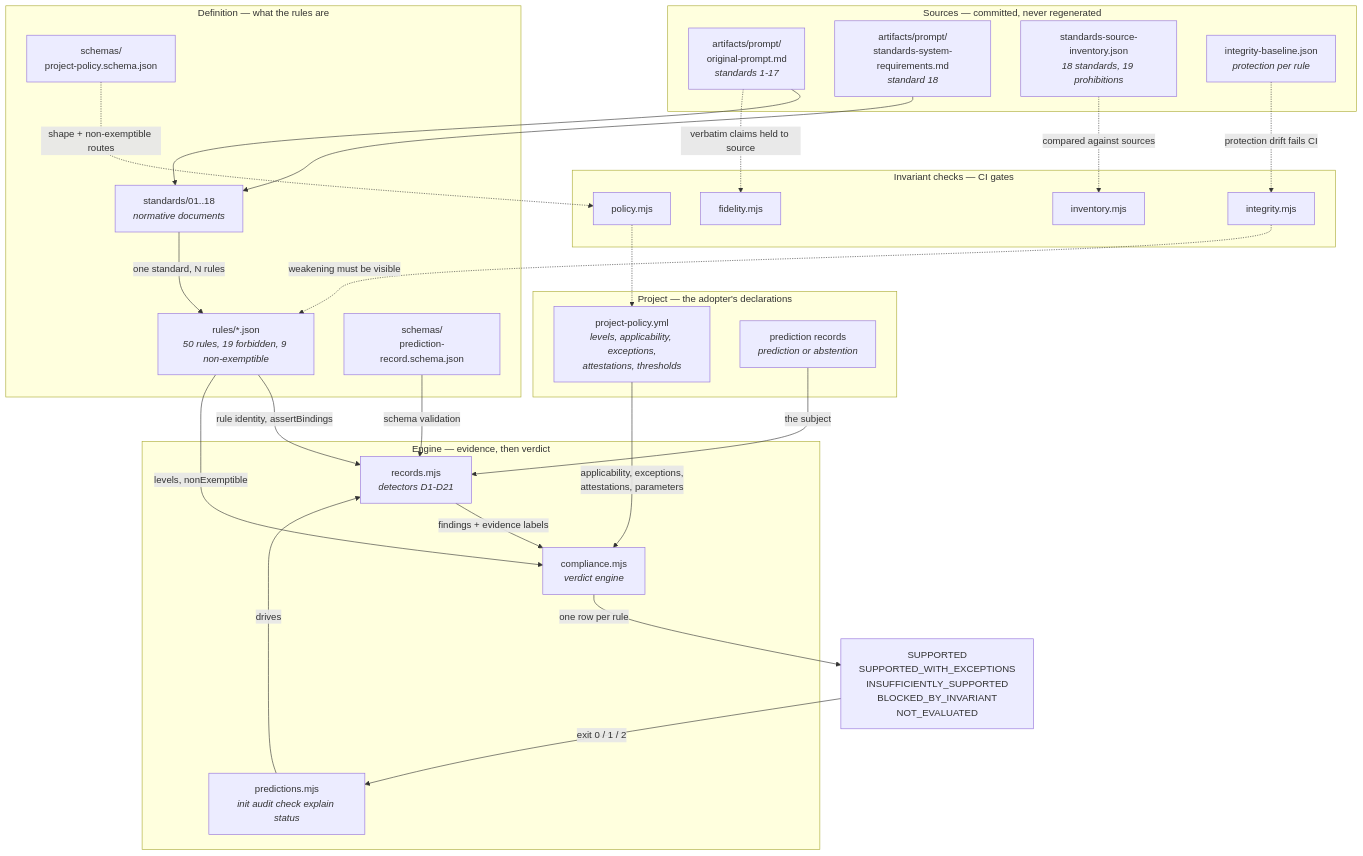
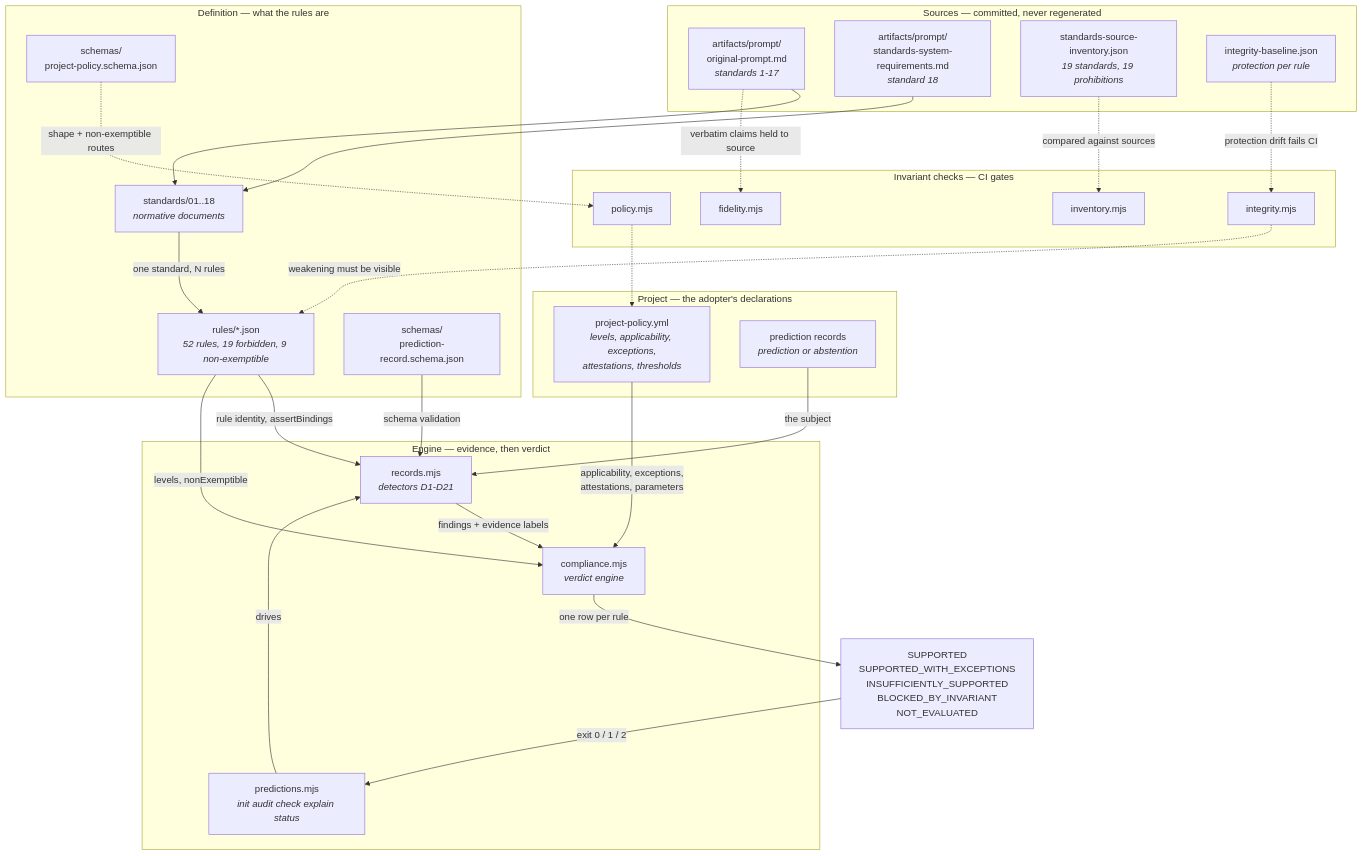
The diagram in docs/architecture.mmd (mikeycdavis/PredictionStandards), drawn with Mermaid before and after one commit. The commit also changed 34 other files, not shown here.

```diff
--- a/docs/architecture.mmd
+++ b/docs/architecture.mmd
@@ -1,54 +1,54 @@
 flowchart TB
     subgraph sources["Sources — committed, never regenerated"]
         brief["artifacts/prompt/<br>original-prompt.md<br><i>standards 1-17</i>"]
         sysreq["artifacts/prompt/<br>standards-system-requirements.md<br><i>standard 18</i>"]
-        inv["standards-source-inventory.json<br><i>18 standards, 19 prohibitions</i>"]
+        inv["standards-source-inventory.json<br><i>19 standards, 19 prohibitions</i>"]
         base["integrity-baseline.json<br><i>protection per rule</i>"]
     end
 
     subgraph definition["Definition — what the rules are"]
         docs["standards/01..18<br><i>normative documents</i>"]
-        cat["rules/*.json<br><i>50 rules, 19 forbidden, 9 non-exemptible</i>"]
+        cat["rules/*.json<br><i>52 rules, 19 forbidden, 9 non-exemptible</i>"]
         recschema["schemas/<br>prediction-record.schema.json"]
         polschema["schemas/<br>project-policy.schema.json"]
     end
 
     subgraph project["Project — the adopter's declarations"]
         policy["project-policy.yml<br><i>levels, applicability, exceptions,<br>attestations, thresholds</i>"]
         records["prediction records<br><i>prediction or abstention</i>"]
     end
 
     subgraph engine["Engine — evidence, then verdict"]
         detect["records.mjs<br><i>detectors D1-D21</i>"]
         comply["compliance.mjs<br><i>verdict engine</i>"]
         cli["predictions.mjs<br><i>init audit check explain status</i>"]
     end
 
     subgraph guards["Invariant checks — CI gates"]
         invchk["inventory.mjs"]
         fidchk["fidelity.mjs"]
         intchk["integrity.mjs"]
         polchk["policy.mjs"]
     end
 
     verdict["SUPPORTED<br>SUPPORTED_WITH_EXCEPTIONS<br>INSUFFICIENTLY_SUPPORTED<br>BLOCKED_BY_INVARIANT<br>NOT_EVALUATED"]
 
     brief --> docs
     sysreq --> docs
     docs -->|"one standard, N rules"| cat
     recschema -->|"schema validation"| detect
     records -->|"the subject"| detect
     cat -->|"rule identity, assertBindings"| detect
     detect -->|"findings + evidence labels"| comply
     policy -->|"applicability, exceptions,<br>attestations, parameters"| comply
     cat -->|"levels, nonExemptible"| comply
     comply -->|"one row per rule"| verdict
     cli -->|"drives"| detect
     verdict -->|"exit 0 / 1 / 2"| cli
 
     inv -.->|"compared against sources"| invchk
     brief -.->|"verbatim claims held to source"| fidchk
     base -.->|"protection drift fails CI"| intchk
     polschema -.->|"shape + non-exemptible routes"| polchk
     intchk -.->|"weakening must be visible"| cat
     polchk -.-> policy
```
